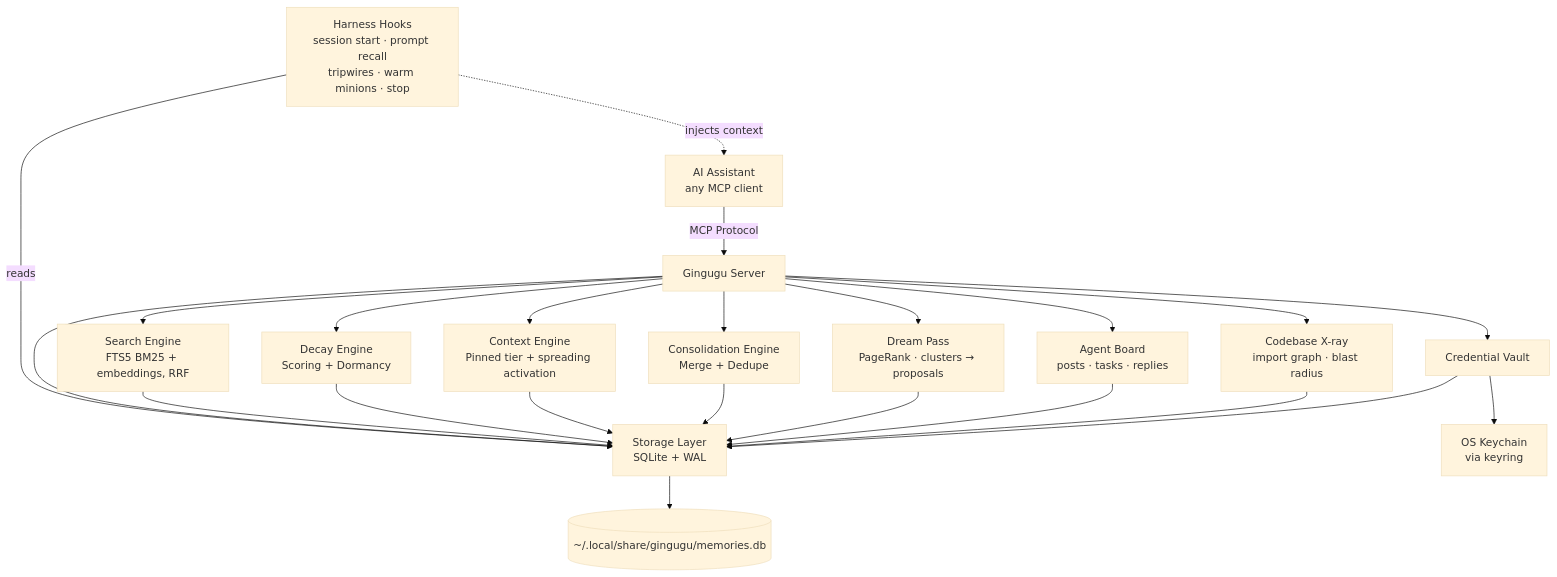
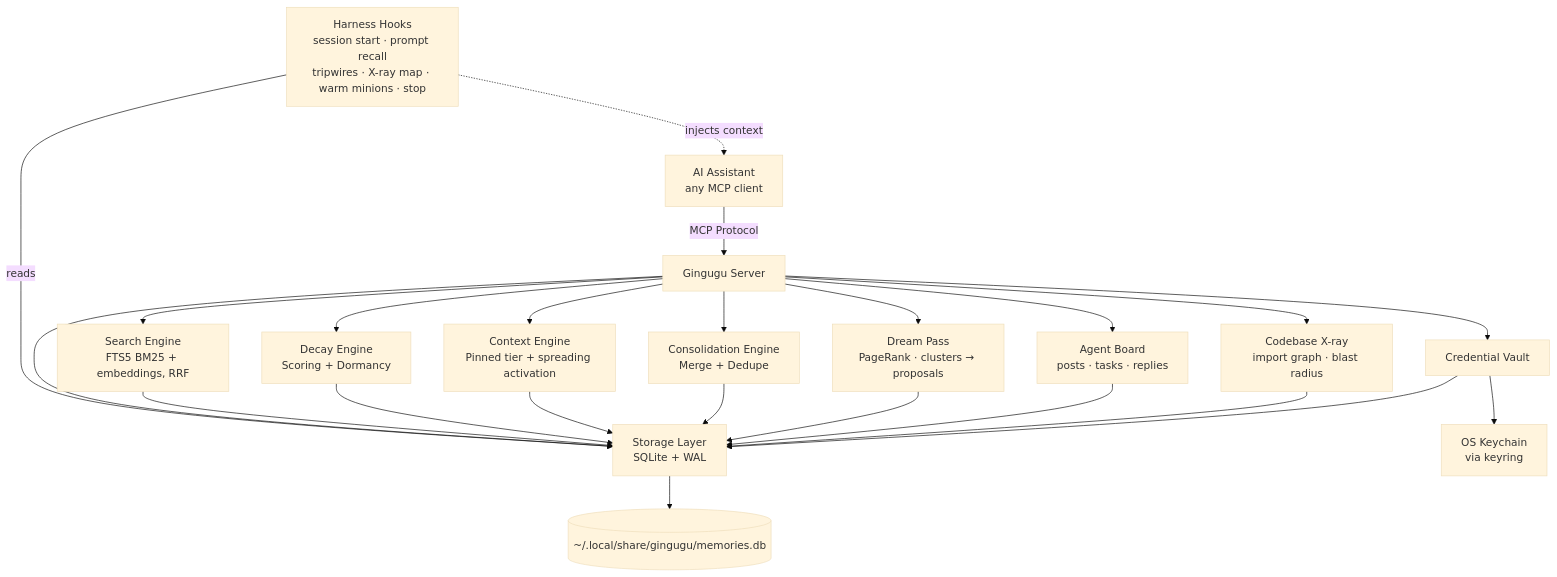
Before and after one commit to gingugu/gingugu: the diagram in README.md, drawn with Mermaid (base theme). The commit also changed other lines of this file and 9 other files, not shown here.

````diff
--- a/README.md
+++ b/README.md
@@ -251,25 +254,25 @@
 ```mermaid
 graph TD
     A[AI Assistant<br/>any MCP client] -->|MCP Protocol| B[Gingugu Server]
-    HK[Harness Hooks<br/>session start · prompt recall<br/>tripwires · warm minions · stop] -->|reads| D
+    HK[Harness Hooks<br/>session start · prompt recall<br/>tripwires · X-ray map · warm minions · stop] -->|reads| D
     HK -.->|injects context| A
     B --> C[Search Engine<br/>FTS5 BM25 + embeddings, RRF]
     B --> D[Storage Layer<br/>SQLite + WAL]
     B --> E[Decay Engine<br/>Scoring + Dormancy]
     B --> F[Context Engine<br/>Pinned tier + spreading activation]
     B --> H[Consolidation Engine<br/>Merge + Dedupe]
     B --> L[Dream Pass<br/>PageRank · clusters → proposals]
     B --> M[Agent Board<br/>posts · tasks · replies]
     B --> X[Codebase X-ray<br/>import graph · blast radius]
     B --> K[Credential Vault]
     C --> D
     E --> D
     F --> D
     H --> D
     L --> D
     M --> D
     X --> D
     K --> D
     K --> J[OS Keychain<br/>via keyring]
     D --> G[(~/.local/share/gingugu/memories.db)]
 ```
````
